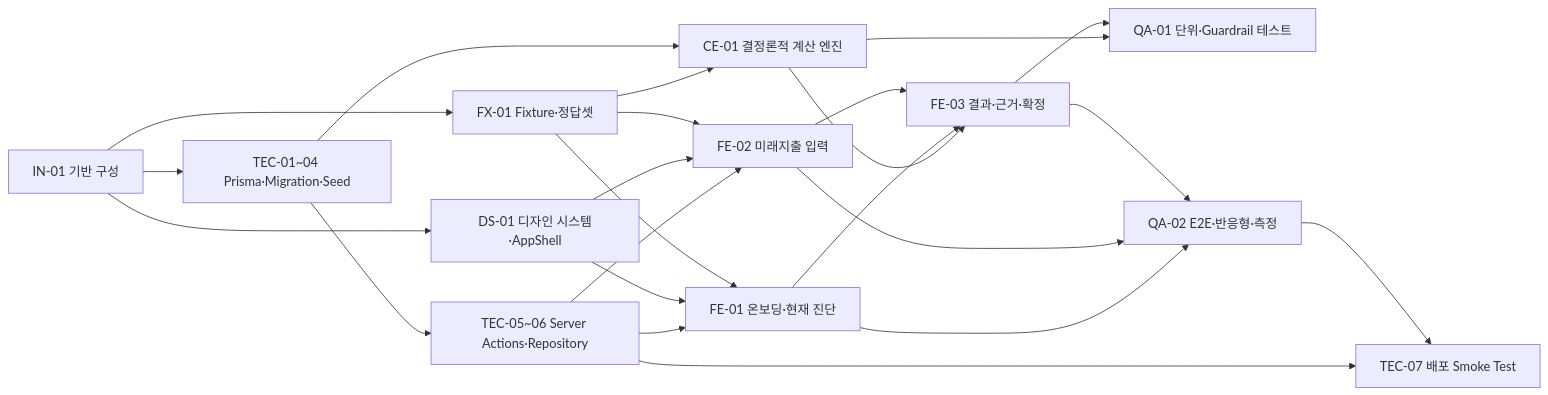
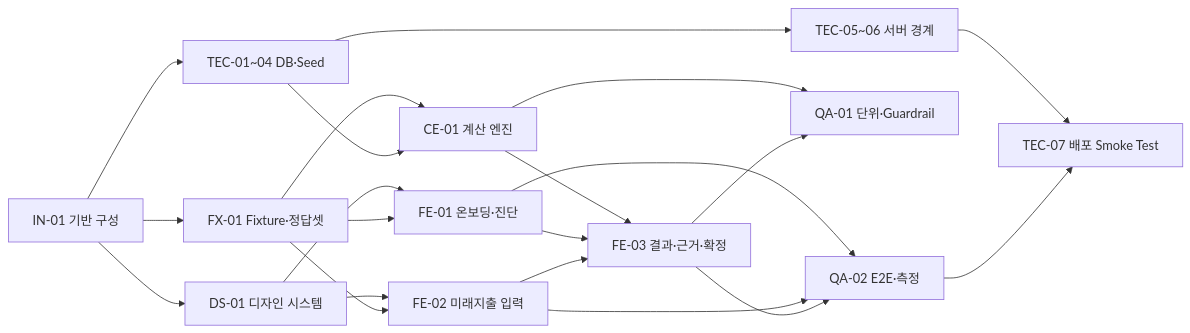
One commit to maybeaj/cardfit changed the first of 2 diagrams in docs/tasks/DEPENDENCY_GANTT.md. Above: the diagram before and after it, drawn with Mermaid. The commit also changed other lines of this file, not shown here.

Commit message:
docs: recalculate gantt for one developer

````diff
--- a/docs/tasks/DEPENDENCY_GANTT.md
+++ b/docs/tasks/DEPENDENCY_GANTT.md
@@ -15,38 +14,23 @@
 ```mermaid
 flowchart LR
-    IN[IN-01 기반 구성]
-    DS[DS-01 디자인 시스템·AppShell]
-    FX[FX-01 Fixture·정답셋]
-    TEC1[TEC-01~04 Prisma·Migration·Seed]
-    TEC2[TEC-05~06 Server Actions·Repository]
-    CE[CE-01 결정론적 계산 엔진]
-    FE1[FE-01 온보딩·현재 진단]
-    FE2[FE-02 미래지출 입력]
-    FE3[FE-03 결과·근거·확정]
-    QA1[QA-01 단위·Guardrail 테스트]
-    QA2[QA-02 E2E·반응형·측정]
-    TEC7[TEC-07 배포 Smoke Test]
-
-    IN --> DS
-    IN --> FX
-    IN --> TEC1
-    FX --> CE
-    TEC1 --> TEC2
+    IN[IN-01 기반 구성] --> DS[DS-01 디자인 시스템]
+    IN --> FX[FX-01 Fixture·정답셋]
+    IN --> TEC1[TEC-01~04 DB·Seed]
+    FX --> CE[CE-01 계산 엔진]
+    TEC1 --> TEC2[TEC-05~06 서버 경계]
     TEC1 --> CE
-    TEC2 --> FE1
-    TEC2 --> FE2
-    DS --> FE1
-    DS --> FE2
+    DS --> FE1[FE-01 온보딩·진단]
     FX --> FE1
+    DS --> FE2[FE-02 미래지출 입력]
     FX --> FE2
-    CE --> FE3
+    CE --> FE3[FE-03 결과·근거·확정]
     FE1 --> FE3
     FE2 --> FE3
-    CE --> QA1
+    CE --> QA1[QA-01 단위·Guardrail]
     FE3 --> QA1
-    FE1 --> QA2
+    FE1 --> QA2[QA-02 E2E·측정]
     FE2 --> QA2
     FE3 --> QA2
-    TEC2 --> TEC7
+    TEC2 --> TEC7[TEC-07 배포 Smoke Test]
     QA2 --> TEC7
 ```
````
